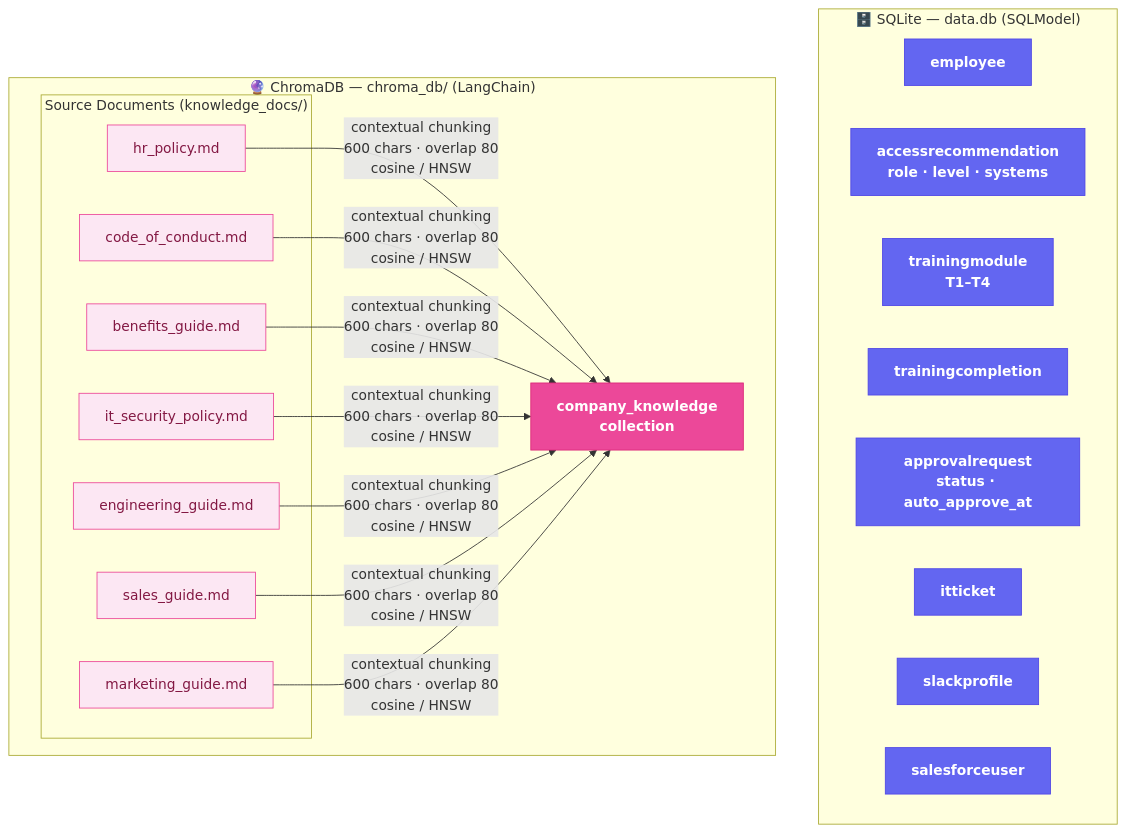
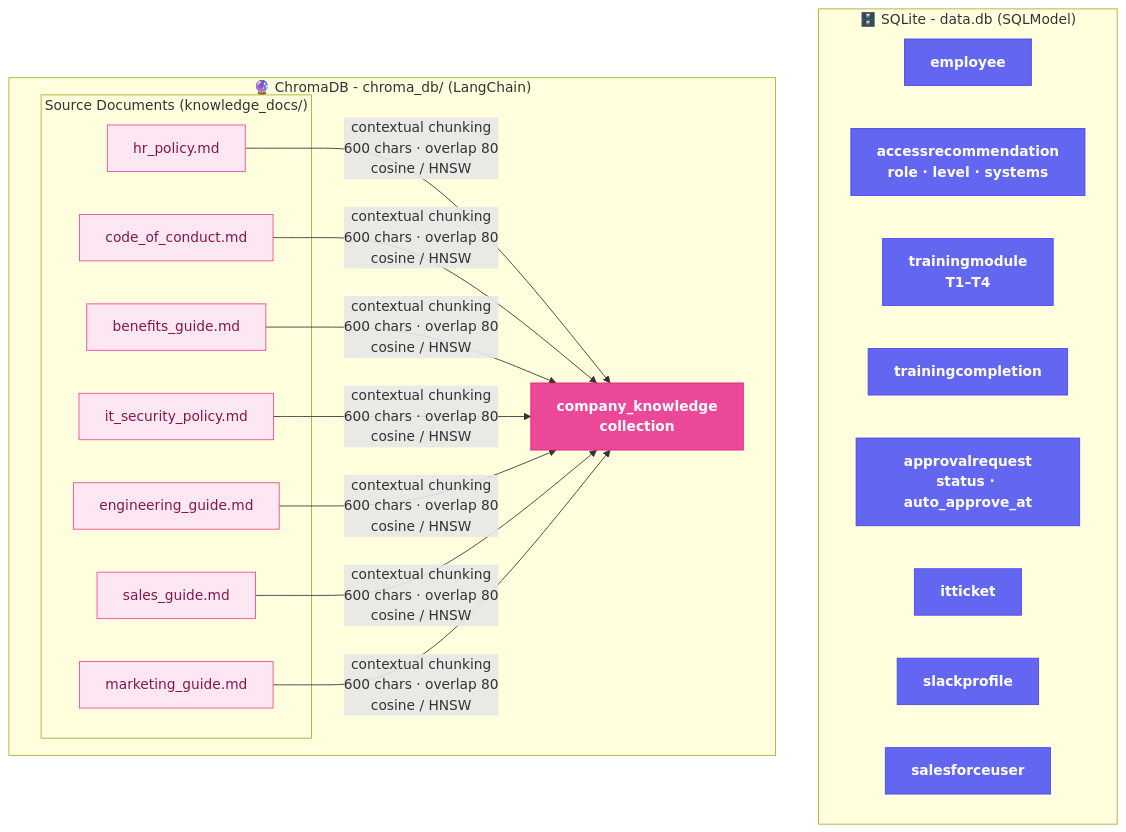
One commit to alyab16/Employee-Onboarding-Agent changed the seventh of 7 diagrams in README.md. Above: the diagram before and after it, drawn with Mermaid. The commit also changed other lines of this file, not shown here.

````diff
--- a/README.md
+++ b/README.md
@@ -336,34 +336,34 @@
 ```mermaid
 flowchart TB
     classDef table fill:#6366F1,stroke:#4F46E5,color:#fff,font-weight:bold
     classDef col fill:#E0E7FF,stroke:#6366F1,color:#1e1b4b
     classDef chunk fill:#FCE7F3,stroke:#EC4899,color:#831843
     classDef doc fill:#EC4899,stroke:#DB2777,color:#fff,font-weight:bold
 
-    subgraph SQL ["🗄️  SQLite — data.db  (SQLModel)"]
+    subgraph SQL ["🗄️  SQLite - data.db  (SQLModel)"]
         direction LR
         EMP["employee"]:::table
         ACC["accessrecommendation\nrole · level · systems"]:::table
         TM["trainingmodule\nT1–T4"]:::table
         TC["trainingcompletion"]:::table
         APR["approvalrequest\nstatus · auto_approve_at"]:::table
         INC["itticket"]:::table
         SP["slackprofile"]:::table
         SFU["salesforceuser"]:::table
     end
 
-    subgraph VEC ["🔮  ChromaDB — chroma_db/  (LangChain)"]
+    subgraph VEC ["🔮  ChromaDB - chroma_db/  (LangChain)"]
         direction LR
         COL["company_knowledge\ncollection"]:::doc
         subgraph Docs ["Source Documents (knowledge_docs/)"]
             D1["hr_policy.md"]:::chunk
             D2["code_of_conduct.md"]:::chunk
             D3["benefits_guide.md"]:::chunk
             D4["it_security_policy.md"]:::chunk
             D5["engineering_guide.md"]:::chunk
             D6["sales_guide.md"]:::chunk
             D7["marketing_guide.md"]:::chunk
         end
         D1 & D2 & D3 & D4 & D5 & D6 & D7 -->|"contextual chunking\n600 chars · overlap 80\ncosine / HNSW"| COL
     end
 ```
````
